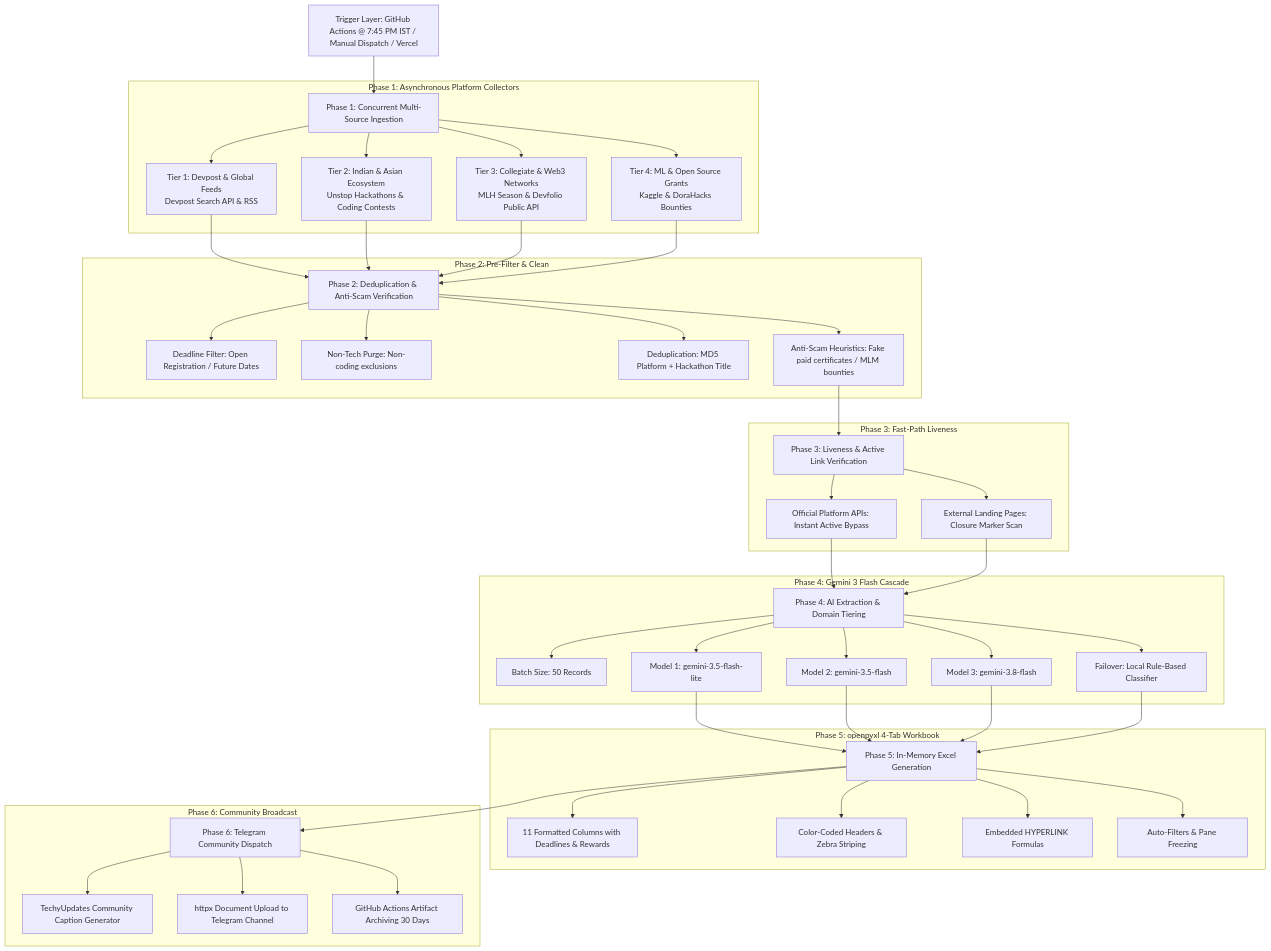
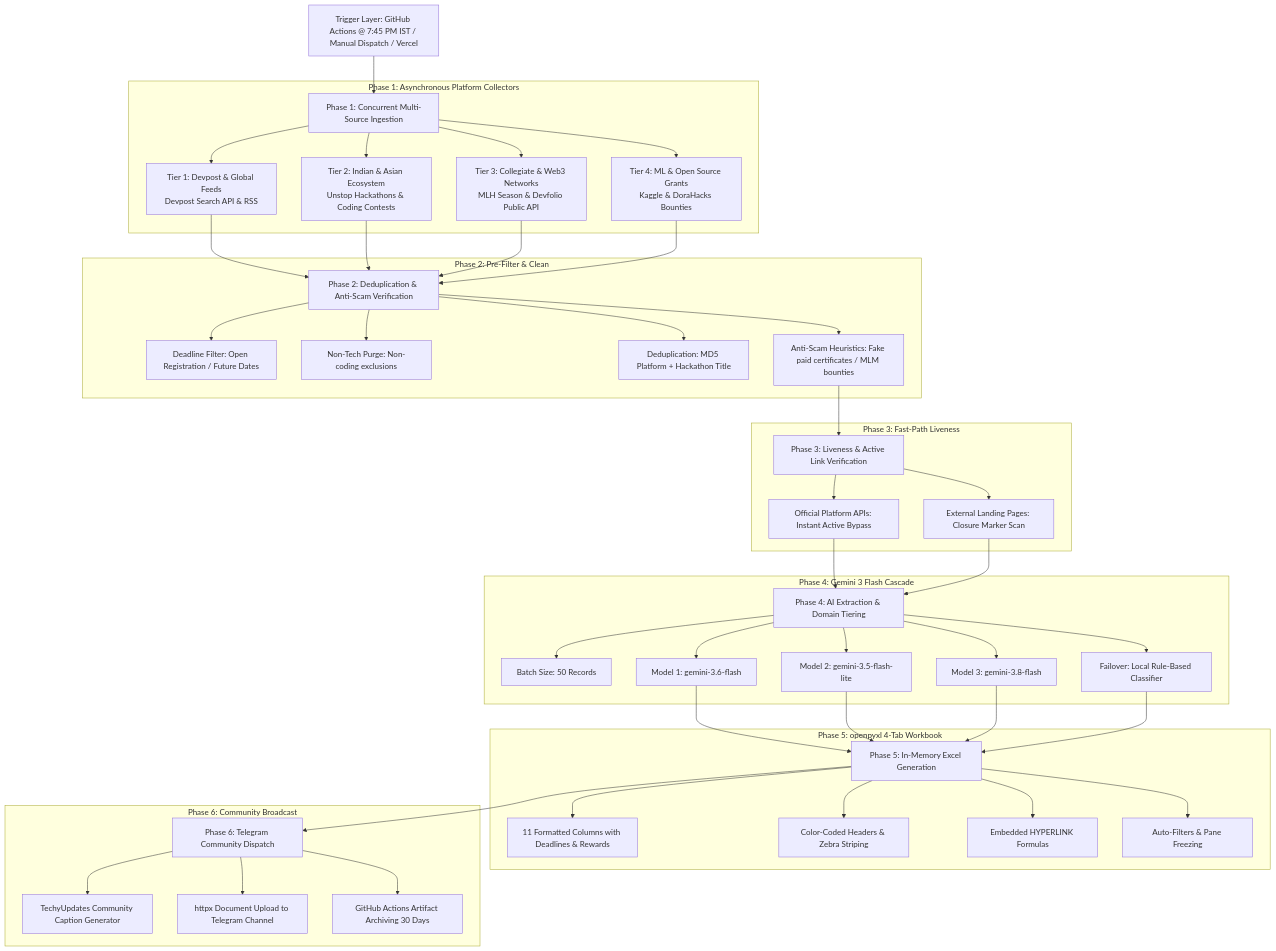
The diagram in PRD.md (br-bit3194/techyupdates-hackathons-engine), drawn with Mermaid before and after one commit. The commit also changed other lines of this file and 4 other files, not shown here.

Commit message:
fix: resolve test_past_24h_filter date failure and migrate to gemini-3.6-flash

````diff
--- a/PRD.md
+++ b/PRD.md
@@ -19,54 +19,54 @@
 ```mermaid
 flowchart TD
     A[Trigger Layer: GitHub Actions @ 7:45 PM IST / Manual Dispatch / Vercel] --> B[Phase 1: Concurrent Multi-Source Ingestion]
     
     subgraph Phase 1 [Phase 1: Asynchronous Platform Collectors]
         B --> B1[Tier 1: Devpost & Global Feeds<br/>Devpost Search API & RSS]
         B --> B2[Tier 2: Indian & Asian Ecosystem<br/>Unstop Hackathons & Coding Contests]
         B --> B3[Tier 3: Collegiate & Web3 Networks<br/>MLH Season & Devfolio Public API]
         B --> B4[Tier 4: ML & Open Source Grants<br/>Kaggle & DoraHacks Bounties]
     end
 
     B1 & B2 & B3 & B4 --> C[Phase 2: Deduplication & Anti-Scam Verification]
     
     subgraph Phase 2 [Phase 2: Pre-Filter & Clean]
         C --> C1[Deadline Filter: Open Registration / Future Dates]
         C --> C2[Non-Tech Purge: Non-coding exclusions]
         C --> C3[Deduplication: MD5 Platform + Hackathon Title]
         C --> C4[Anti-Scam Heuristics: Fake paid certificates / MLM bounties]
     end
 
     C4 --> D[Phase 3: Liveness & Active Link Verification]
     
     subgraph Phase 3 [Phase 3: Fast-Path Liveness]
         D --> D1[Official Platform APIs: Instant Active Bypass]
         D --> D2[External Landing Pages: Closure Marker Scan]
     end
 
     D1 & D2 --> E[Phase 4: AI Extraction & Domain Tiering]
     
     subgraph Phase 4 [Phase 4: Gemini 3 Flash Cascade]
         E --> E1[Batch Size: 50 Records]
-        E --> E2[Model 1: gemini-3.5-flash-lite]
-        E --> E3[Model 2: gemini-3.5-flash]
+        E --> E2[Model 1: gemini-3.6-flash]
+        E --> E3[Model 2: gemini-3.5-flash-lite]
         E --> E4[Model 3: gemini-3.8-flash]
         E --> E5[Failover: Local Rule-Based Classifier]
     end
 
     E2 & E3 & E4 & E5 --> F[Phase 5: In-Memory Excel Generation]
     
     subgraph Phase 5 [Phase 5: openpyxl 4-Tab Workbook]
         F --> F1[11 Formatted Columns with Deadlines & Rewards]
         F --> F2[Color-Coded Headers & Zebra Striping]
         F --> F3[Embedded HYPERLINK Formulas]
         F --> F4[Auto-Filters & Pane Freezing]
     end
 
     F --> G[Phase 6: Telegram Community Dispatch]
     
     subgraph Phase 6 [Phase 6: Community Broadcast]
         G --> G1[TechyUpdates Community Caption Generator]
         G --> G2[httpx Document Upload to Telegram Channel]
         G --> G3[GitHub Actions Artifact Archiving 30 Days]
     end
 ```
````
